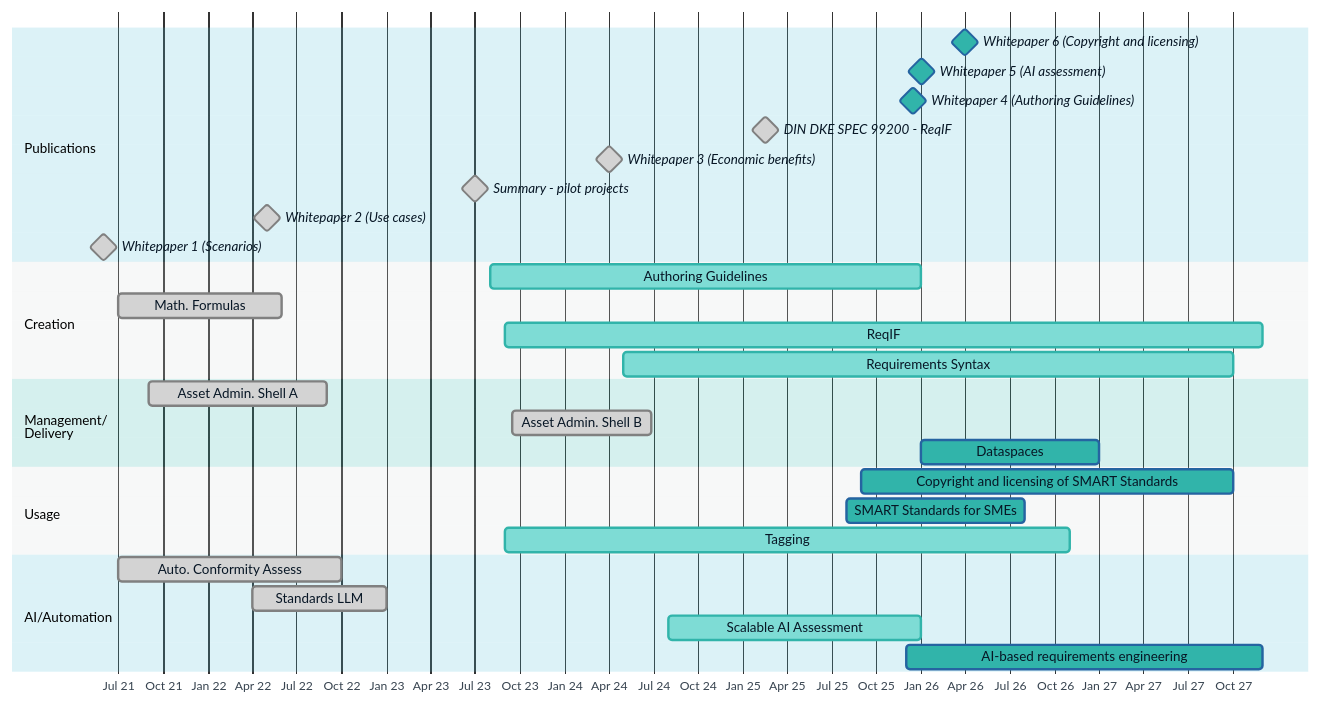
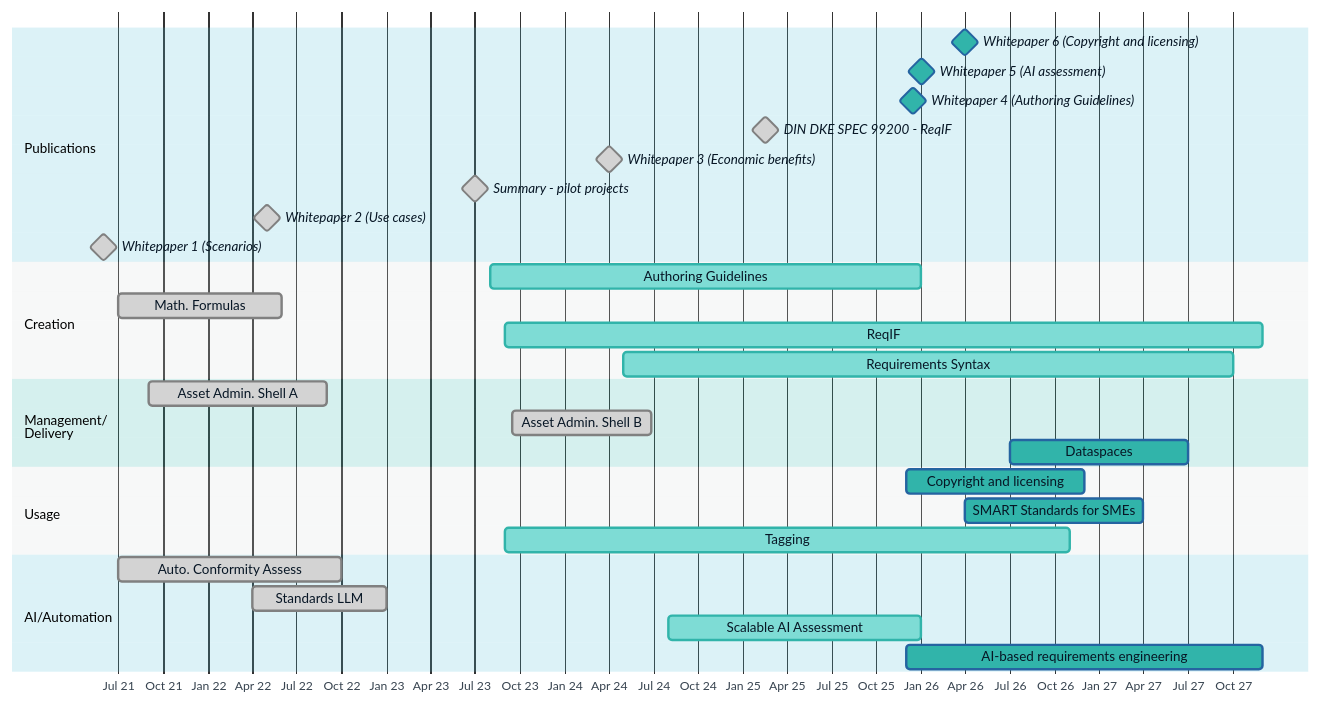
One commit to DIN-DKE/DKE_0001__SMART_Standards_Roadmap changed the diagram in idis-roadmap.md. Above: the diagram before and after it, drawn with Mermaid. The commit also changed other lines of this file, not shown here.

Commit message:
Roadmap - updated dates

````diff
--- a/idis-roadmap.md
+++ b/idis-roadmap.md
@@ -5,57 +5,57 @@
 ```mermaid
 
 %%{
   init: {
     'theme': 'base',
     'themeVariables': {
       'fontFamily': 'Noto Sans, Arial, Sans-Serif',
       'primaryColor': '#31b4aa',
       'primaryTextColor': '#071625',
       'primaryBorderColor': '#2564a1',
       'lineColor': '#d5dddc',
       'secondaryColor': '#3a8dcb',
       'tertiaryColor': '#fff',
       'sectionBkgColor': '#52bdd7',
       'altSectionBkgColor': '#d5dddc'
     }
   }
 }%%
 
 gantt
     dateFormat  YYYY-MM-DD
     %% title       IDiS Roadmap
     tickInterval 3month
     axisFormat %b %y
 
     section Publications
     Whitepaper 6 (Copyright and licensing) : milestone, 2026-03-31, 1d
     Whitepaper 5 (AI assessment)       : milestone, 2026-01-01, 1d
     Whitepaper 4 (Authoring Guidelines)         : milestone, 2025-12-15, 1d
     DIN DKE SPEC 99200 - ReqIF             : milestone, done, 2025-02-15, 1d
     Whitepaper 3 (Economic benefits)           : milestone, done, 2024-04-01, 1d
     Summary - pilot projects           : milestone, done, 2023-07-01, 1d
     Whitepaper 2 (Use cases)           : milestone, done, 2022-05-01, 1d
     Whitepaper 1 (Scenarios)           : milestone, done, 2021-06-01, 1d
 
     section Creation
     Authoring Guidelines    : active, 2023-08-01, 2025-12-31
     Math. Formulas         : done, 2021-07-01, 2022-06-01
     ReqIF                  : active, 2023-08-31, 2027-12-01
     Requirements Syntax              : active, 2024-05-01, 2027-10-01
 
     section Management/<br />Delivery
     Asset Admin. Shell A   : done, 2021-09-01, 2022-09-01
     Asset Admin. Shell B   : done, 2023-09-15, 2024-06-26
-    Dataspaces             : 2026-01-01, 2027-01-01
+    Dataspaces             : 2026-07-01, 2027-07-01
 
     section Usage
-    Copyright and licensing of SMART Standards : 2025-09-01, 2027-10-01
-    SMART Standards for SMEs : 2025-08-01, 2026-08-01
+    Copyright and licensing : 2025-12-01, 2026-12-01
+    SMART Standards for SMEs : 2026-04-01, 2027-04-01
     Tagging : active, 2023-09-01, 2026-11-01
 
     section AI/Automation
     Auto. Conformity Assess: done, 2021-07-01, 2022-10-01
     Standards LLM          : done, 2022-04-01, 2023-01-01
     Scalable AI Assessment : active, 2024-08-01, 2025-12-31
     AI-based requirements engineering :  2025-12-01, 2027-12-01
 ```
````
